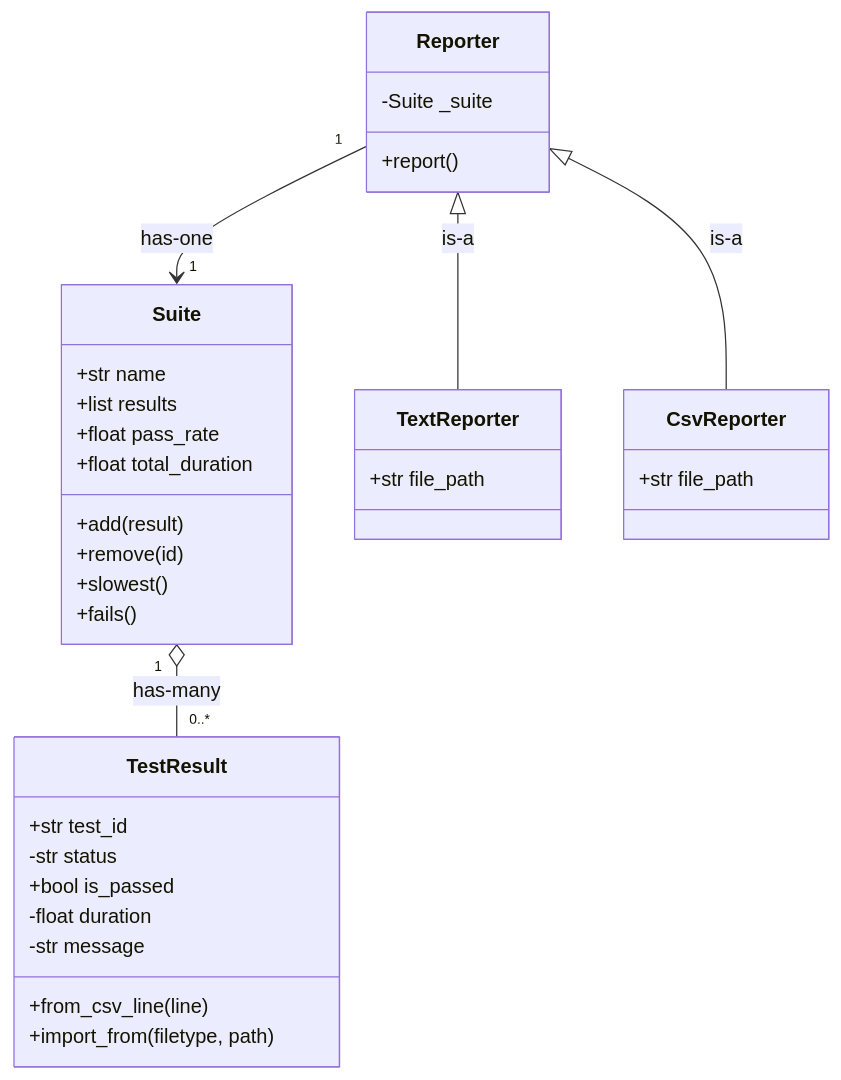
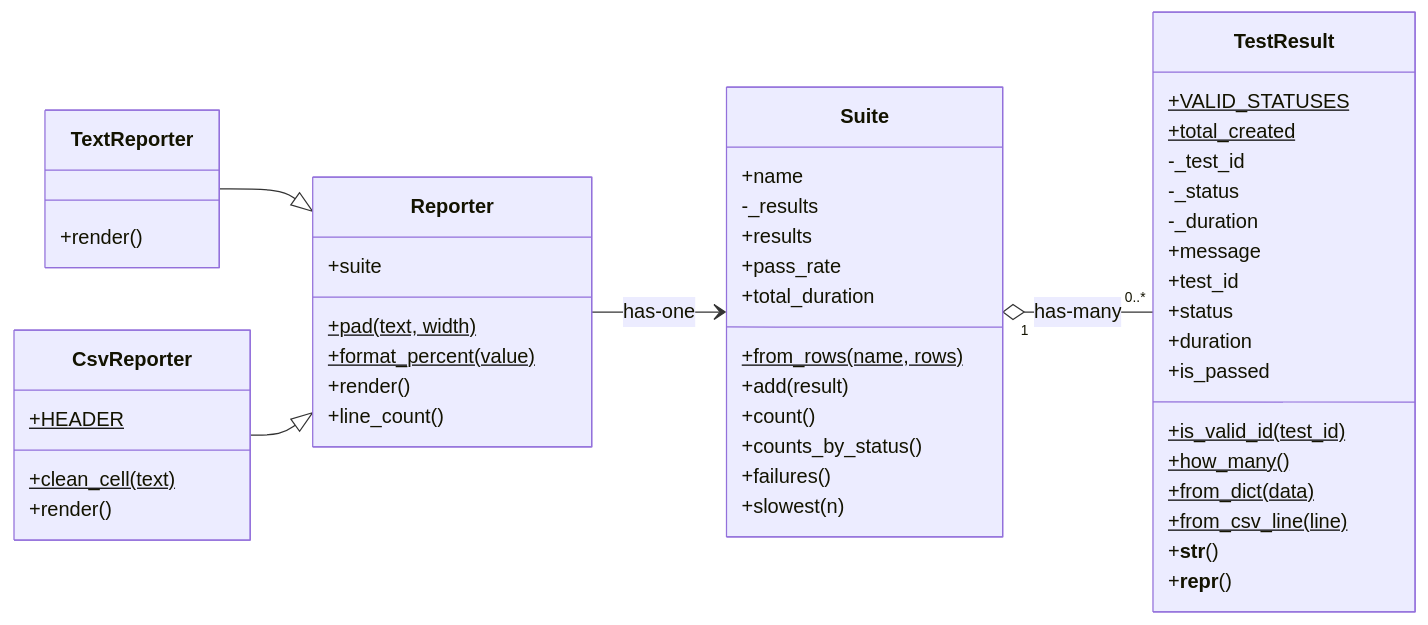
One commit to TRNG-2493/MdTanjeemHaider changed the diagram in Week1/friday/exercise/docs/class-diagram.mermaid. Above: the diagram before and after it, drawn with Mermaid.

Commit message:
Update class mermaid class diagram

```diff
--- a/Week1/friday/exercise/docs/class-diagram.mermaid
+++ b/Week1/friday/exercise/docs/class-diagram.mermaid
@@ -1,42 +1,59 @@
 classDiagram
+    direction LR
+
     class TestResult {
-        +str test_id
-        -str status
-        +bool is_passed
-        -float duration
-        -str message
-        
-        +from_csv_line(line)
-        +import_from(filetype, path)
+        +VALID_STATUSES$
+        +total_created$
+        -_test_id
+        -_status
+        -_duration
+        +message
+        +test_id
+        +status
+        +duration
+        +is_passed
+        +is_valid_id(test_id)$
+        +how_many()$
+        +from_dict(data)$
+        +from_csv_line(line)$
+        +__str__()
+        +__repr__()
     }
 
     class Suite {
-        +str name
-        +list results
-        +float pass_rate
-        +float total_duration
-        
+        +name
+        -_results
+        +results
+        +pass_rate
+        +total_duration
+        +from_rows(name, rows)$
         +add(result)
-        +remove(id)
-        +slowest()
-        +fails()
+        +count()
+        +counts_by_status()
+        +failures()
+        +slowest(n)
     }
 
     class Reporter {
-        -Suite _suite
-        +report()
+        +suite
+        +pad(text, width)$
+        +format_percent(value)$
+        +render()
+        +line_count()
     }
 
     class TextReporter {
-        +str file_path
+        +render()
     }
 
     class CsvReporter {
-        +str file_path
+        +HEADER$
+        +clean_cell(text)$
+        +render()
     }
 
-    Reporter <|-- TextReporter : is-a
-    Reporter <|-- CsvReporter : is-a
+    TextReporter --|> Reporter
+    CsvReporter --|> Reporter
 
     Suite "1" o-- "0..*" TestResult : has-many
-    Reporter "1" --> "1" Suite : has-one
+    Reporter --> Suite : has-one
```
